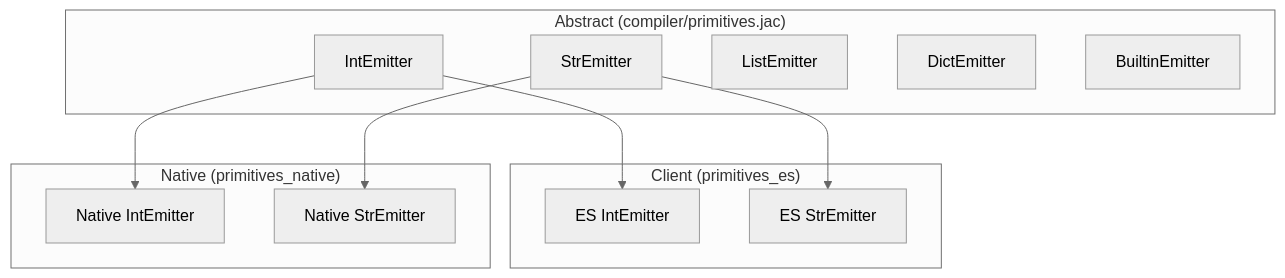
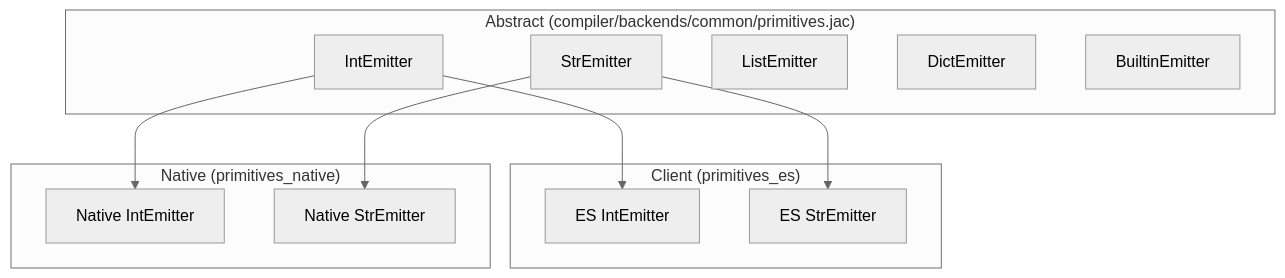
Before and after one commit to chess10kp/jaseci: the third of 3 diagrams in jac/jaclang/cli/docs/internals/compiler_architecture.md, drawn with Mermaid (neutral theme). The commit also changed other lines of this file and 2571 other files, not shown here.

````diff
--- a/jac/jaclang/cli/docs/internals/compiler_architecture.md
+++ b/jac/jaclang/cli/docs/internals/compiler_architecture.md
@@ -674,25 +693,25 @@
 ```mermaid
 graph TD
-    subgraph "Abstract (compiler/primitives.jac)"
+    subgraph "Abstract (compiler/backends/common/primitives.jac)"
         INT[IntEmitter]
         STR[StrEmitter]
         LIST[ListEmitter]
         DICT[DictEmitter]
         BLT[BuiltinEmitter]
     end
 
     subgraph "Client (primitives_es)"
         EsInt[ES IntEmitter]
         EsStr[ES StrEmitter]
     end
 
     subgraph "Native (primitives_native)"
         NaInt[Native IntEmitter]
         NaStr[Native StrEmitter]
     end
 
     INT --> EsInt
     INT --> NaInt
     STR --> EsStr
     STR --> NaStr
 ```
````
